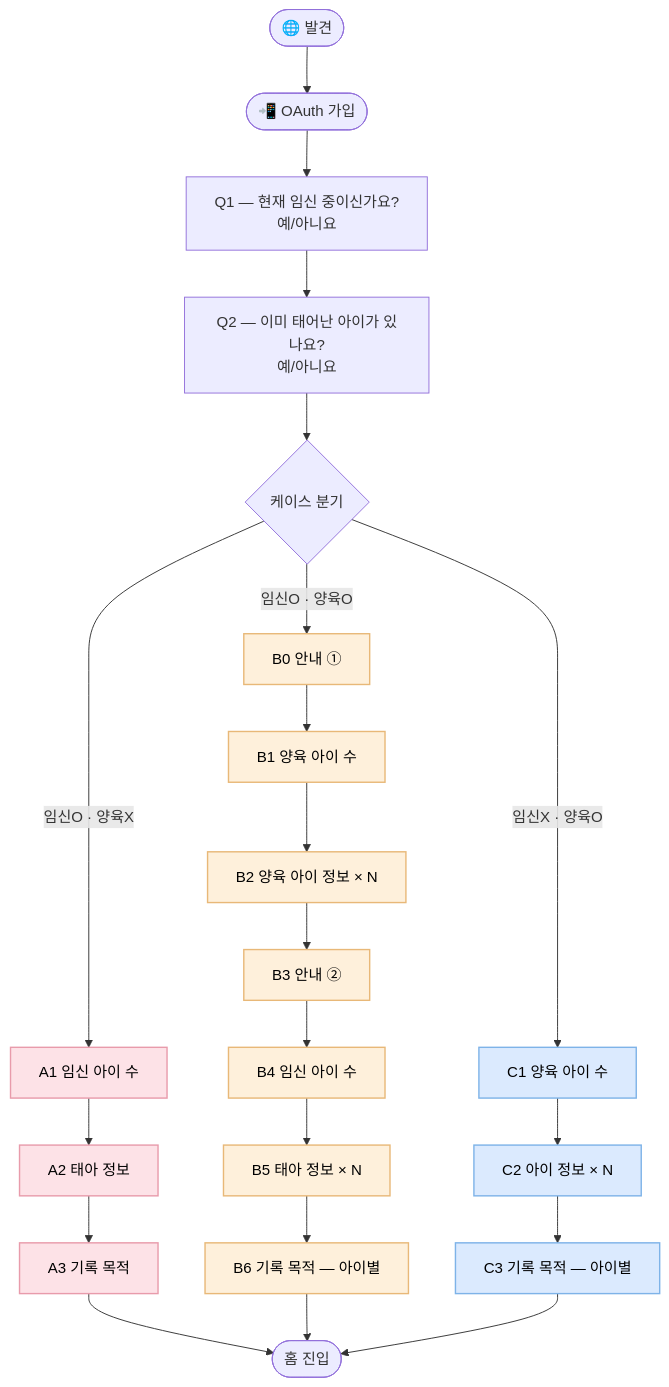
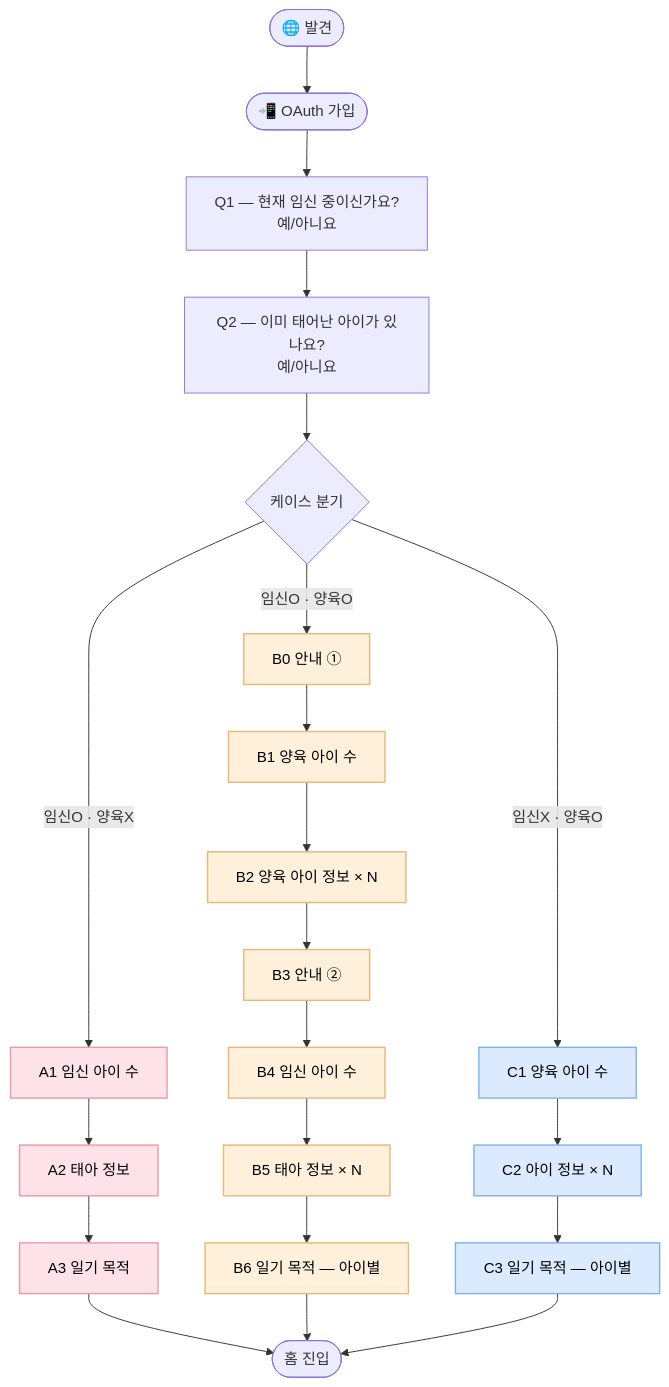
Before and after one commit to dlddu/dear-baby: the diagram in docs/journeys/onboarding-journey.md, drawn with Mermaid. The commit also changed other lines of this file and 8 other files, not shown here.

````diff
--- a/docs/journeys/onboarding-journey.md
+++ b/docs/journeys/onboarding-journey.md
@@ -27,34 +27,34 @@
 ```mermaid
 flowchart TD
     S1([🌐 발견]) --> S2([📲 OAuth 가입])
     S2 --> Q1["Q1 — 현재 임신 중이신가요?<br/>예/아니요"]
     Q1 --> Q2["Q2 — 이미 태어난 아이가 있나요?<br/>예/아니요"]
     Q2 --> Branch{케이스 분기}
 
     Branch -- "임신O · 양육X" --> A1[A1 임신 아이 수]
     A1 --> A2[A2 태아 정보]
-    A2 --> A3[A3 기록 목적]
+    A2 --> A3[A3 일기 목적]
 
     Branch -- "임신O · 양육O" --> B0[B0 안내 ①]
     B0 --> B1[B1 양육 아이 수]
     B1 --> B2[B2 양육 아이 정보 × N]
     B2 --> B3[B3 안내 ②]
     B3 --> B4[B4 임신 아이 수]
     B4 --> B5[B5 태아 정보 × N]
-    B5 --> B6[B6 기록 목적 — 아이별]
+    B5 --> B6[B6 일기 목적 — 아이별]
 
     Branch -- "임신X · 양육O" --> C1[C1 양육 아이 수]
     C1 --> C2[C2 아이 정보 × N]
-    C2 --> C3[C3 기록 목적 — 아이별]
+    C2 --> C3[C3 일기 목적 — 아이별]
 
     A3 --> Done([홈 진입])
     B6 --> Done
     C3 --> Done
 
     classDef caseA fill:#fde2e7,stroke:#e89bab,stroke-width:1.5px,color:#000
     classDef caseB fill:#fef0db,stroke:#e8b878,stroke-width:1.5px,color:#000
     classDef caseC fill:#dbeafe,stroke:#7eb3e8,stroke-width:1.5px,color:#000
     class A1,A2,A3 caseA
     class B0,B1,B2,B3,B4,B5,B6 caseB
     class C1,C2,C3 caseC
 ```
````
